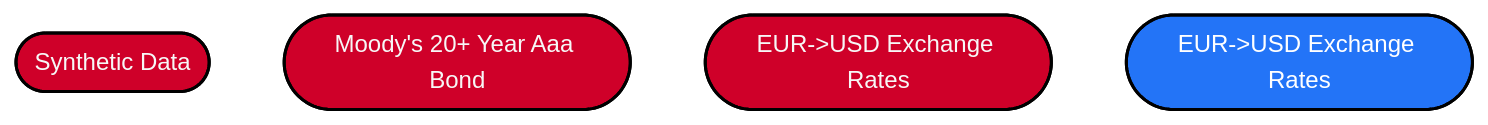
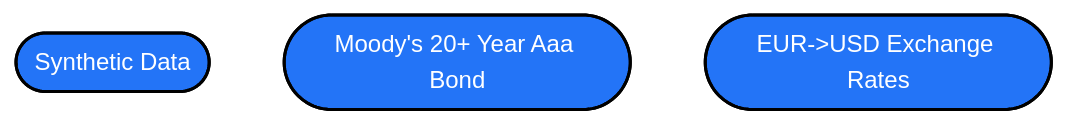
The second of 4 diagrams in labels_blue.md (acatlin/mermaid), drawn with Mermaid before and after one commit. The commit also changed other lines of this file, not shown here.

Commit message:
Update labels_blue.md
blue labels

````diff
--- a/labels_blue.md
+++ b/labels_blue.md
@@ -21,17 +21,16 @@
 ```mermaid
 
 graph TD
 
   %% Colors %%
   classDef blue fill:#2374f7,stroke:#000,stroke-width:2px,color:#fff
   classDef orange fill:#fc822b,stroke:#000,stroke-width:2px,color:#fff
   classDef green fill:#16b552,stroke:#000,stroke-width:2px,color:#fff
   classDef red fill:#ed2633,stroke:#000,stroke-width:2px,color:#fff
   classDef magenta fill:magenta,stroke:#000,stroke-width:2px,color:#fff
   classDef s_p fill:#cf0029,stroke:#000,stroke-width:2px,color:#f7f7f7
 
-  A2([Synthetic Data]):::s_p
-  B2([Moody's 20+ Year Aaa Bond]):::s_p
-  C2([EUR->USD Exchange Rates]):::s_p
-  C3([EUR->USD Exchange Rates]):::blue
+  A2([Synthetic Data]):::blue
+  B2([Moody's 20+ Year Aaa Bond]):::blue
+  C2([EUR->USD Exchange Rates]):::blue
 ```
````
